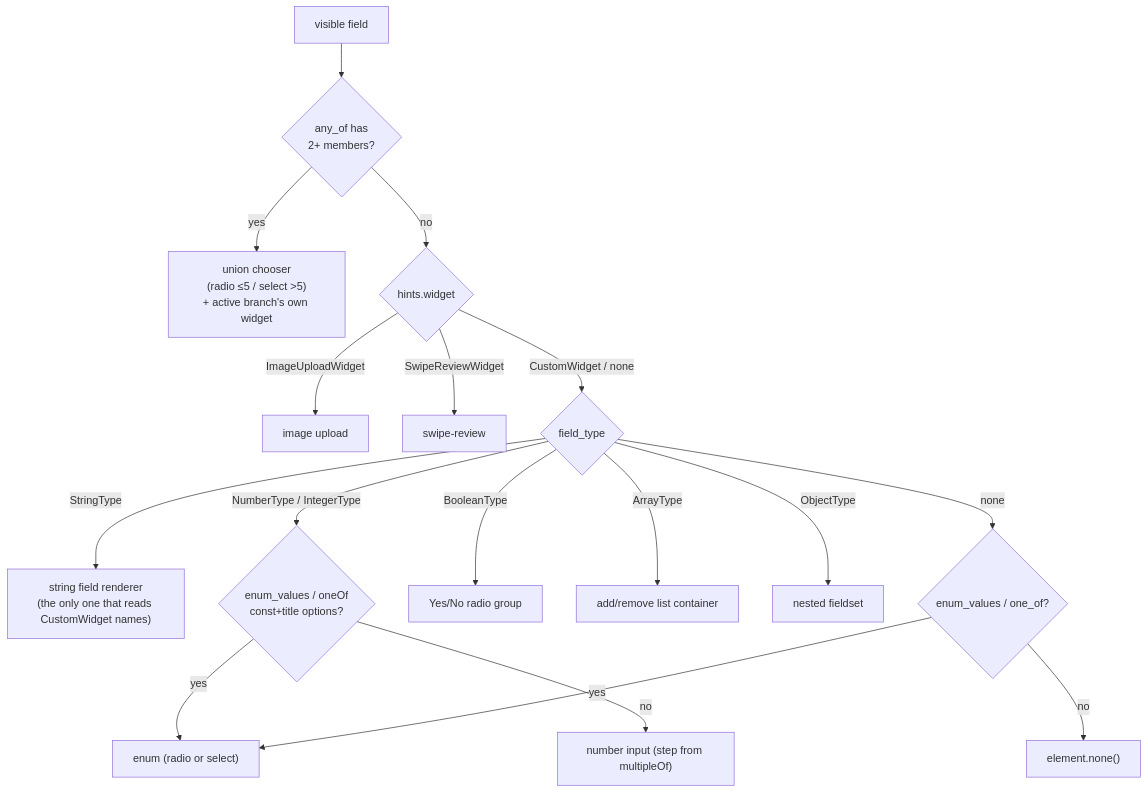
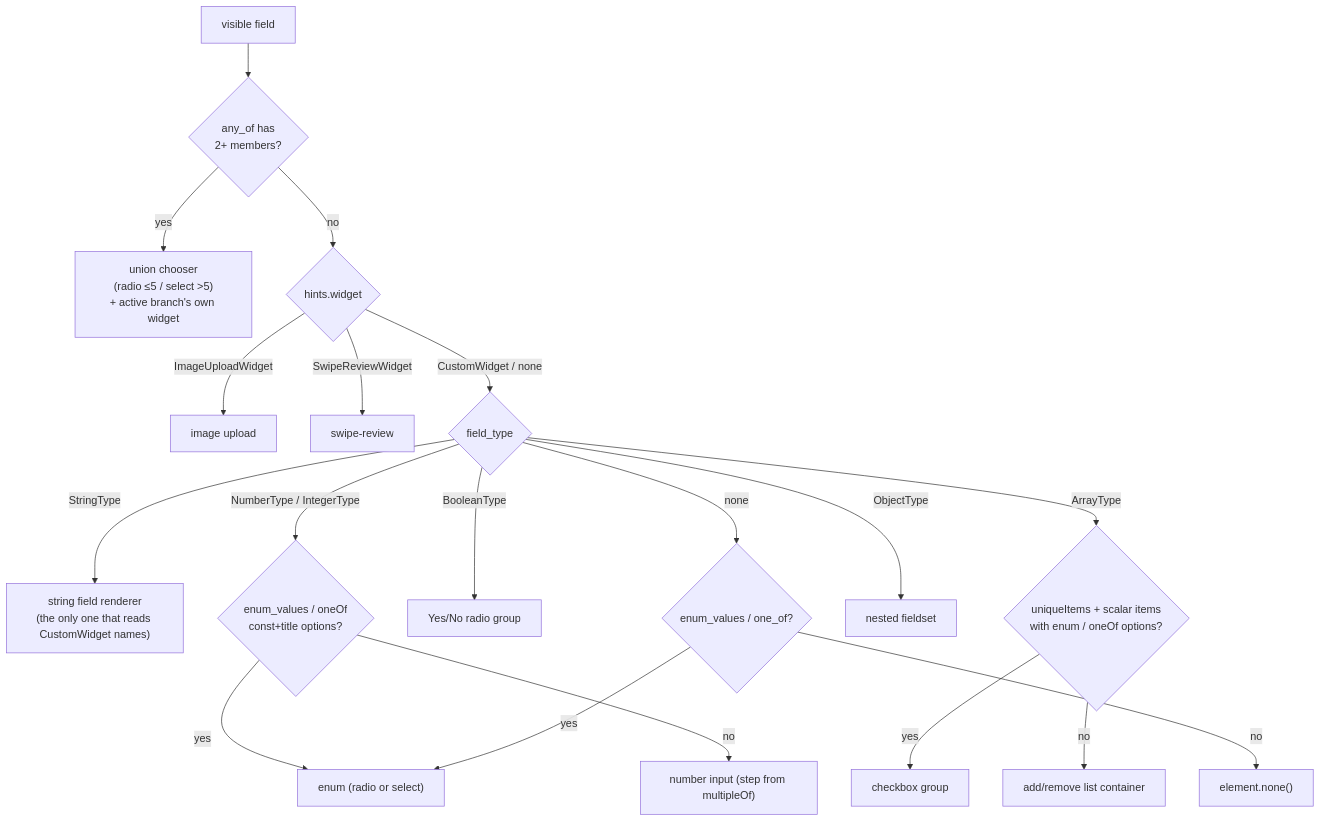
The first of 2 diagrams in docs/reference/widgets.md (radionest/gleam_formosh), drawn with Mermaid before and after one commit. The commit also changed other lines of this file and 39 other files, not shown here.

First line of the commit message:
feat(fields)!: render uniqueItems option arrays as a checkbox group (#138)

````diff
--- a/docs/reference/widgets.md
+++ b/docs/reference/widgets.md
@@ -26,19 +26,21 @@
 ```mermaid
 flowchart TD
     F["visible field"] --> U{"any_of has<br/>2+ members?"}
     U -- "yes" --> UC["union chooser<br/>(radio ≤5 / select >5)<br/>+ active branch's own widget"]
     U -- "no" --> W{"hints.widget"}
     W -- "ImageUploadWidget" --> IU["image upload"]
     W -- "SwipeReviewWidget" --> SR["swipe-review"]
     W -- "CustomWidget / none" --> T{"field_type"}
     T -- "StringType" --> S["string field renderer<br/>(the only one that reads CustomWidget names)"]
     T -- "NumberType / IntegerType" --> NO{"enum_values / oneOf<br/>const+title options?"}
     NO -- "yes" --> EN
     NO -- "no" --> NUM["number input (step from multipleOf)"]
     T -- "BooleanType" --> B["Yes/No radio group"]
-    T -- "ArrayType" --> A["add/remove list container"]
+    T -- "ArrayType" --> AU{"uniqueItems + scalar items<br/>with enum / oneOf options?"}
+    AU -- "yes" --> CB["checkbox group"]
+    AU -- "no" --> A["add/remove list container"]
     T -- "ObjectType" --> O["nested fieldset"]
     T -- "none" --> E{"enum_values / one_of?"}
     E -- "yes" --> EN["enum (radio or select)"]
     E -- "no" --> NONE["element.none()"]
 ```
````
